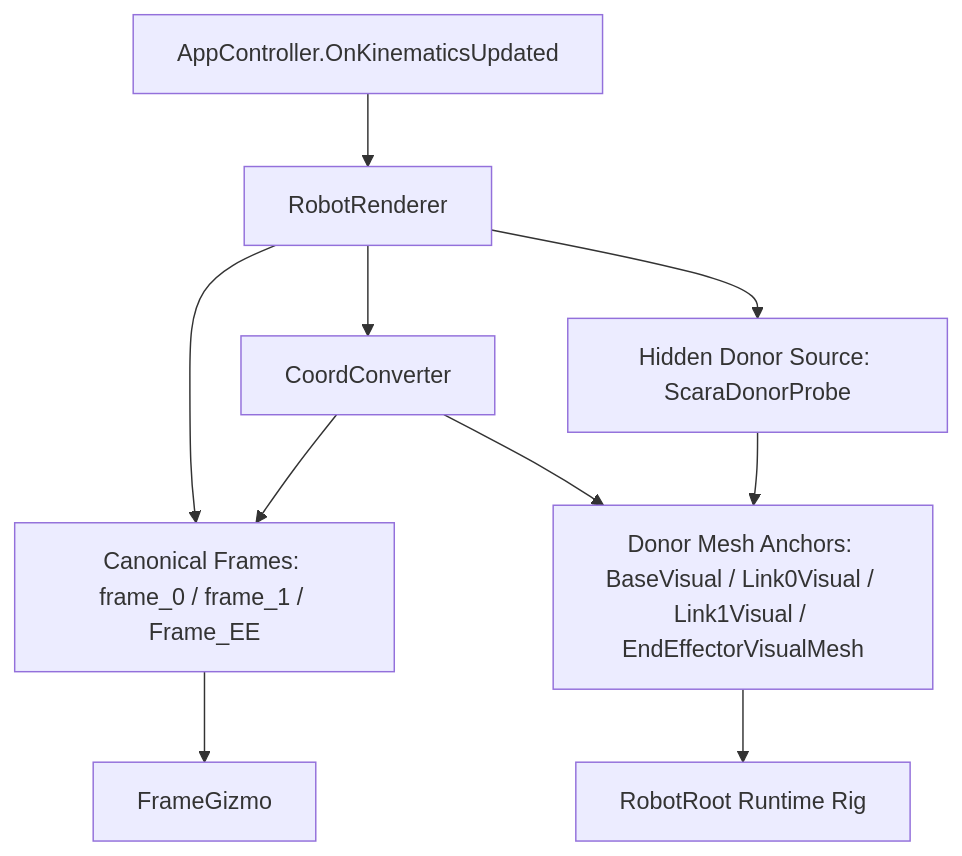
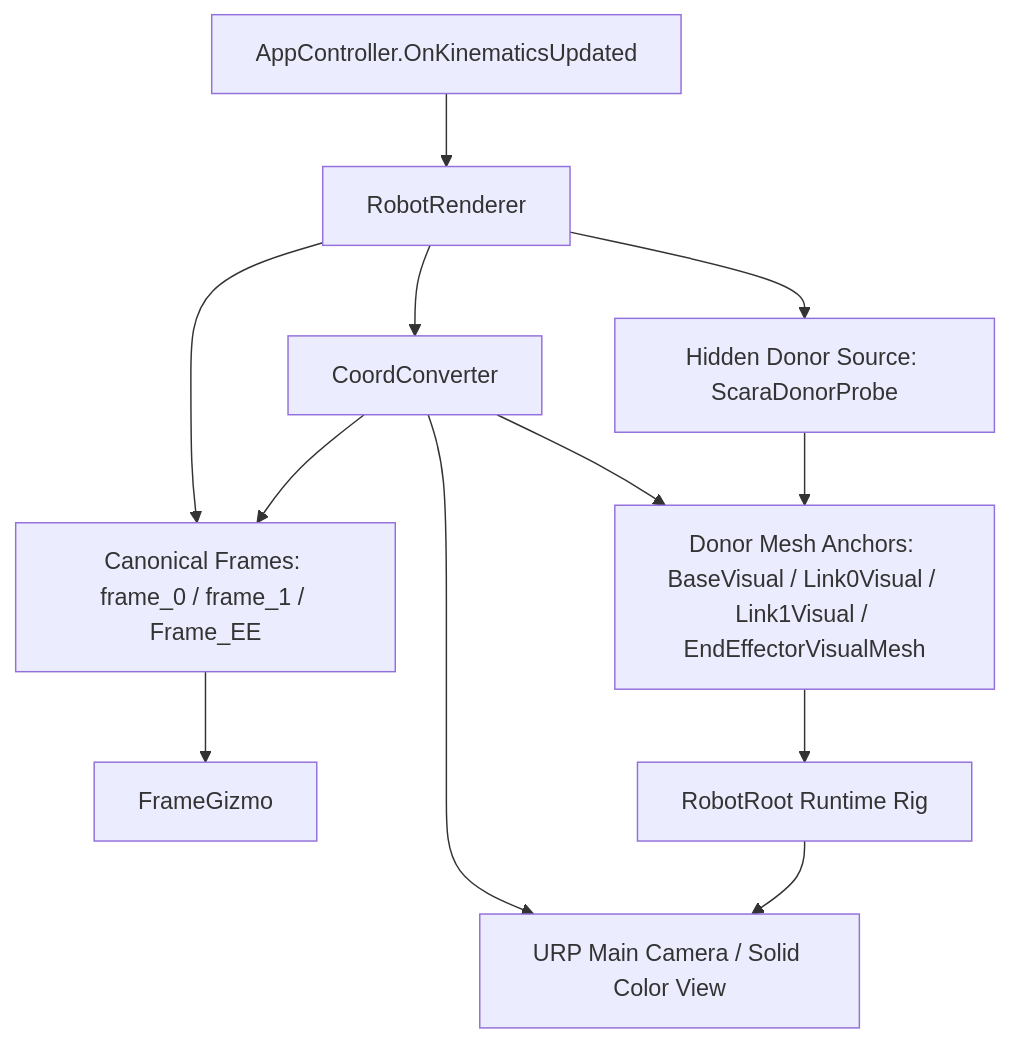
The fourth of 5 diagrams in docs/ref/architecture-diagrams.md (kimjuyoung1127/robotapp), drawn with Mermaid before and after one commit. The commit also changed other lines of this file and 26 other files, not shown here.

````diff
--- a/docs/ref/architecture-diagrams.md
+++ b/docs/ref/architecture-diagrams.md
@@ -63,12 +63,14 @@
 ```mermaid
 flowchart TD
   A["AppController.OnKinematicsUpdated"] --> B["RobotRenderer"]
   B --> C["CoordConverter"]
   B --> D["Canonical Frames: frame_0 / frame_1 / Frame_EE"]
   B --> E["Hidden Donor Source: ScaraDonorProbe"]
+  C --> I["URP Main Camera / Solid Color View"]
   C --> D
   C --> F["Donor Mesh Anchors: BaseVisual / Link0Visual / Link1Visual / EndEffectorVisualMesh"]
   D --> G["FrameGizmo"]
   F --> H["RobotRoot Runtime Rig"]
   E --> F
+  H --> I
 ```
````
